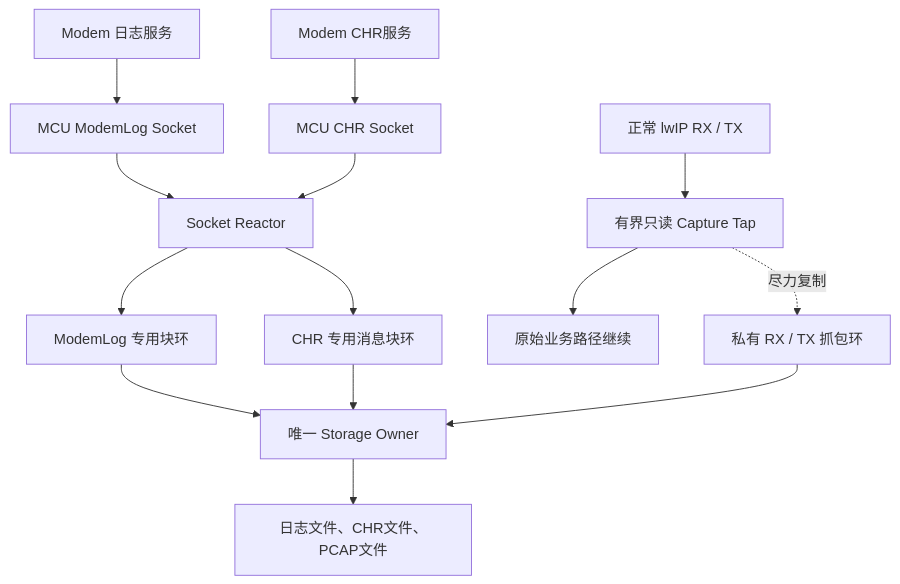
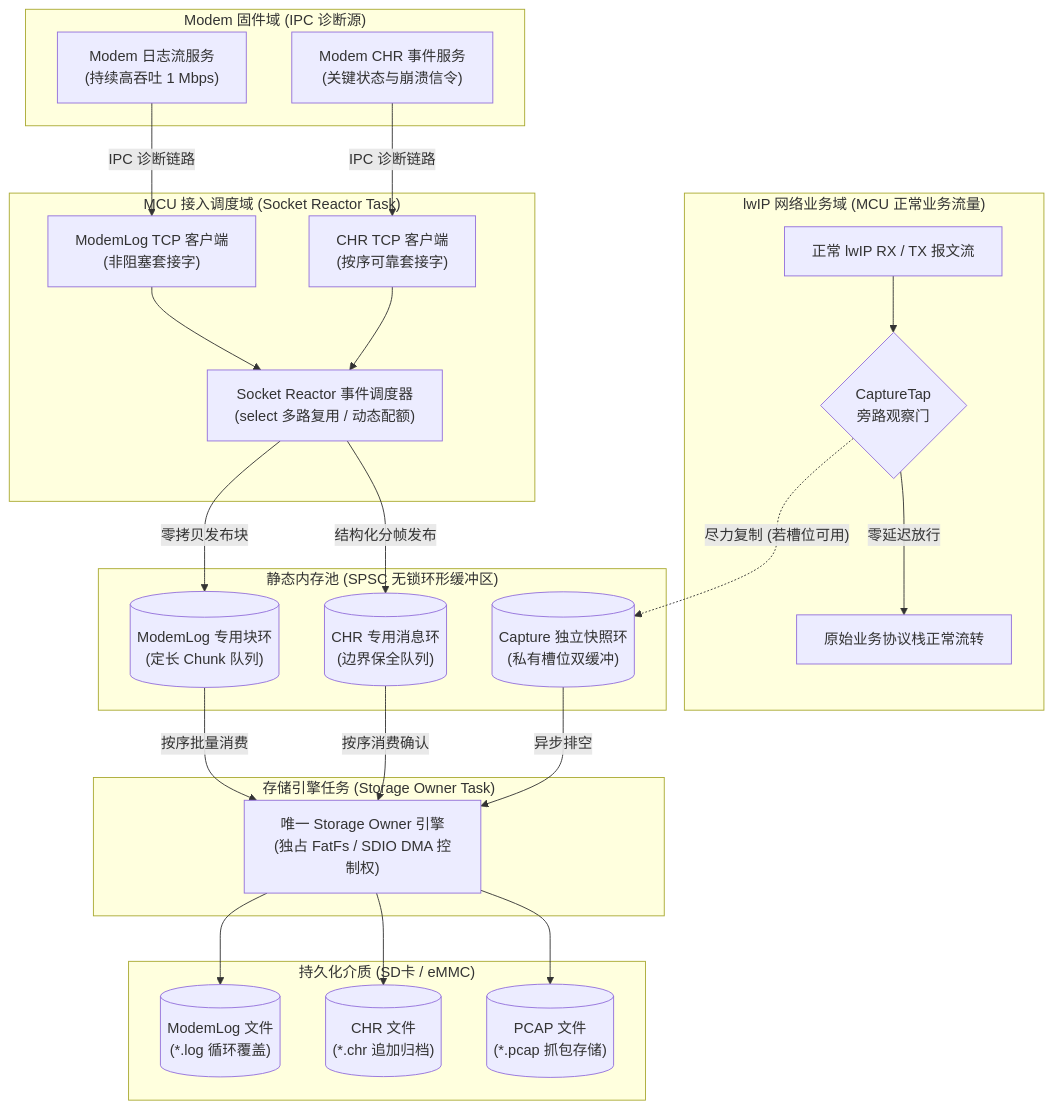
The first of 12 diagrams in embedded-systems/modemlog/03-modem-complete-mermaid-flows.md (luckyJimLu/system-design-notes), drawn with Mermaid before and after one commit. The commit also changed other lines of this file and 19 other files, not shown here.

First line of the commit message:
docs: update modem flows and system documentation

````diff
--- a/embedded-systems/modemlog/03-modem-complete-mermaid-flows.md
+++ b/embedded-systems/modemlog/03-modem-complete-mermaid-flows.md
@@ -7,16 +7,51 @@
 ```mermaid
 flowchart TD
-    modemLog["Modem 日志服务"] --> logSocket["MCU ModemLog Socket"]
-    modemChr["Modem CHR服务"] --> chrSocket["MCU CHR Socket"]
-    logSocket --> reactor["Socket Reactor"]
-    chrSocket --> reactor
-    reactor --> logRing["ModemLog 专用块环"]
-    reactor --> chrRing["CHR 专用消息块环"]
-    net["正常 lwIP RX / TX"] --> tap["有界只读 Capture Tap"]
-    tap --> normal["原始业务路径继续"]
-    tap -.->|"尽力复制"| cap["私有 RX / TX 抓包环"]
-    logRing --> storage["唯一 Storage Owner"]
-    chrRing --> storage
-    cap --> storage
-    storage --> files["日志文件、CHR文件、PCAP文件"]
+    subgraph MODEM["Modem 固件域 (IPC 诊断源)"]
+        modemLog["Modem 日志流服务\n(持续高吞吐 1 Mbps)"]
+        modemChr["Modem CHR 事件服务\n(关键状态与崩溃信令)"]
+    end
+
+    subgraph INGRESS["MCU 接入调度域 (Socket Reactor Task)"]
+        logSock["ModemLog TCP 客户端\n(非阻塞套接字)"]
+        chrSock["CHR TCP 客户端\n(按序可靠套接字)"]
+        reactor["Socket Reactor 事件调度器\n(select 多路复用 / 动态配额)"]
+        logSock --> reactor
+        chrSock --> reactor
+    end
+
+    subgraph NETIF["lwIP 网络业务域 (MCU 正常业务流量)"]
+        netTraffic["正常 lwIP RX / TX 报文流"] --> tap{"CaptureTap\n旁路观察门"}
+        tap -->|"零延迟放行"| netStack["原始业务协议栈正常流转"]
+    end
+
+    subgraph SRAM_POOLS["静态内存池 (SPSC 无锁环形缓冲区)"]
+        logRing[("ModemLog 专用块环\n(定长 Chunk 队列)")]
+        chrRing[("CHR 专用消息环\n(边界保全队列)")]
+        capRing[("Capture 独立快照环\n(私有槽位双缓冲)")]
+    end
+
+    subgraph STORAGE_DOMAIN["存储引擎任务 (Storage Owner Task)"]
+        storageExec["唯一 Storage Owner 引擎\n(独占 FatFs / SDIO DMA 控制权)"]
+    end
+
+    subgraph MEDIA_FS["持久化介质 (SD卡 / eMMC)"]
+        fileLog[("ModemLog 文件\n(*.log 循环覆盖)")]
+        fileChr[("CHR 文件\n(*.chr 追加归档)")]
+        filePcap[("PCAP 文件\n(*.pcap 抓包存储)")]
+    end
+
+    modemLog -->|"IPC 诊断链路"| logSock
+    modemChr -->|"IPC 诊断链路"| chrSock
+
+    reactor -->|"零拷贝发布块"| logRing
+    reactor -->|"结构化分帧发布"| chrRing
+    tap -.->|"尽力复制 (若槽位可用)"| capRing
+
+    logRing -->|"按序批量消费"| storageExec
+    chrRing -->|"按序消费确认"| storageExec
+    capRing -->|"异步排空"| storageExec
+
+    storageExec --> fileLog
+    storageExec --> fileChr
+    storageExec --> filePcap
 ```
````
